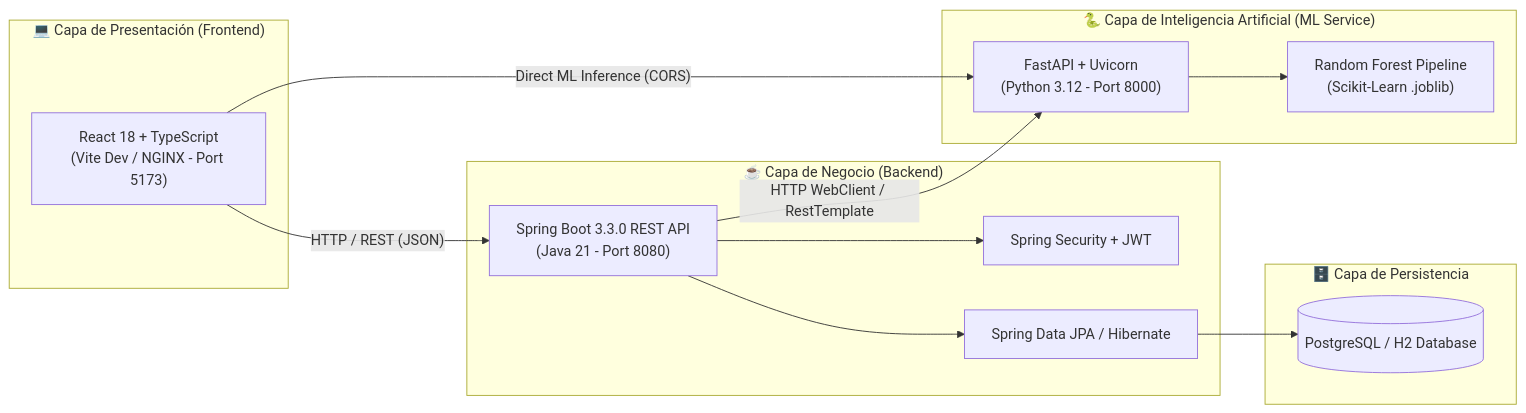
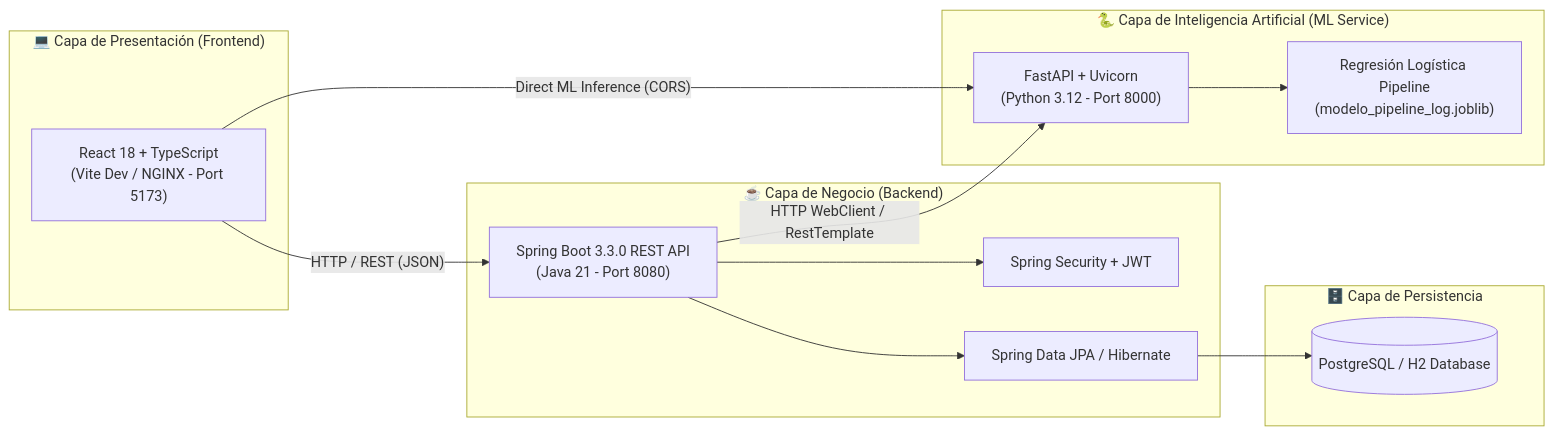
Before and after one commit to No-Country-simulation/G9-LATAM-TEAM-60: the first of 3 diagrams in README.md, drawn with Mermaid. The commit also changed other lines of this file and 2 other files, not shown here.

Commit message:
docs(frontend): actualizar Frontend/README.md, README.md y diagramas Mermaid con arquitectura relacional de 3 tablas y modelo de Regresión Logística

````diff
--- a/README.md
+++ b/README.md
@@ -83,29 +83,29 @@
 ```mermaid
 flowchart LR
     subgraph Cliente["💻 Capa de Presentación (Frontend)"]
         UI["React 18 + TypeScript\n(Vite Dev / NGINX - Port 5173)"]
     end
 
     subgraph BackendApp["☕ Capa de Negocio (Backend)"]
         SB["Spring Boot 3.3.0 REST API\n(Java 21 - Port 8080)"]
         SEC["Spring Security + JWT"]
         JPA["Spring Data JPA / Hibernate"]
     end
 
     subgraph DataScience["🐍 Capa de Inteligencia Artificial (ML Service)"]
         FA["FastAPI + Uvicorn\n(Python 3.12 - Port 8000)"]
-        RF["Random Forest Pipeline\n(Scikit-Learn .joblib)"]
+        LR["Regresión Logística Pipeline\n(modelo_pipeline_log.joblib)"]
     end
 
     subgraph Database["🗄️ Capa de Persistencia"]
         DB[(PostgreSQL / H2 Database)]
     end
 
     UI -->|"HTTP / REST (JSON)"| SB
     UI -->|"Direct ML Inference (CORS)"| FA
     SB --> SEC
     SB --> JPA
     JPA --> DB
     SB -->|"HTTP WebClient / RestTemplate"| FA
-    FA --> RF
+    FA --> LR
 ```
````
